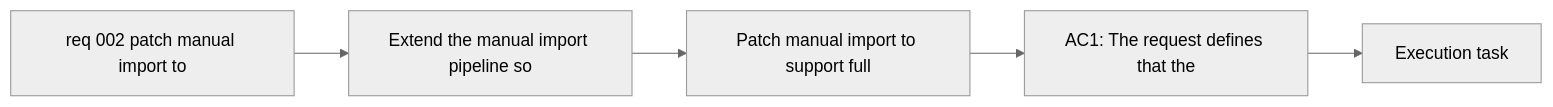
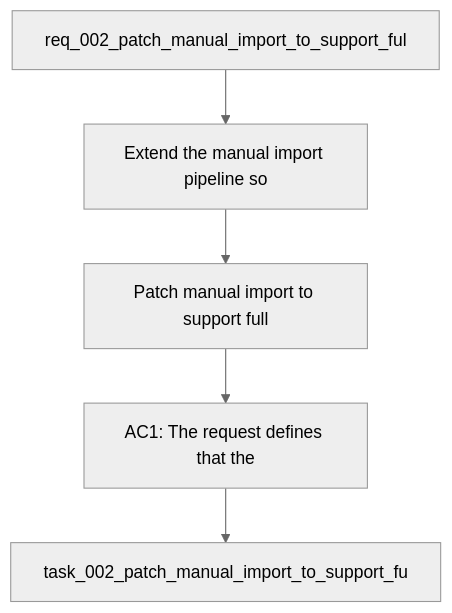
Before and after one commit to Jilanos/Coach_garmin: the diagram in logics/backlog/item_002_patch_manual_import_to_support_full_garmin_connect_export_shapes.md, drawn with Mermaid (neutral theme). The commit also changed other lines of this file and 86 other files, not shown here.

Commit message:
Harden chart UX and UTF-8 handling

````diff
--- a/logics/backlog/item_002_patch_manual_import_to_support_full_garmin_connect_export_shapes.md
+++ b/logics/backlog/item_002_patch_manual_import_to_support_full_garmin_connect_export_shapes.md
@@ -29,9 +29,9 @@
 ```mermaid
 %% logics-kind: backlog
-%% logics-signature: backlog|patch-manual-import-to-support-full-garm|req-002-patch-manual-import-to|extend-the-manual-import-pipeline-so|ac1-the-request-defines-that-the
-flowchart LR
-    Request[req 002 patch manual import to] --> Problem[Extend the manual import pipeline so]
+%% logics-signature: backlog|patch-manual-import-to-support-full-garm|req-002-patch-manual-import-to-support-f|extend-the-manual-import-pipeline-so|ac1-the-request-defines-that-the
+flowchart TD
+    Request[req_002_patch_manual_import_to_support_ful] --> Problem[Extend the manual import pipeline so]
     Problem --> Scope[Patch manual import to support full]
     Scope --> Acceptance[AC1: The request defines that the]
-    Acceptance --> Tasks[Execution task]
+    Acceptance --> Tasks[task_002_patch_manual_import_to_support_fu]
 ```
````
